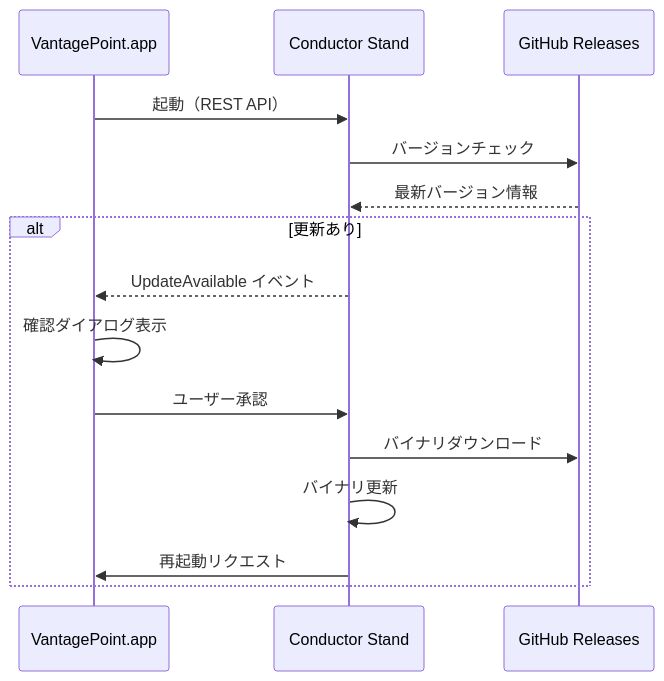
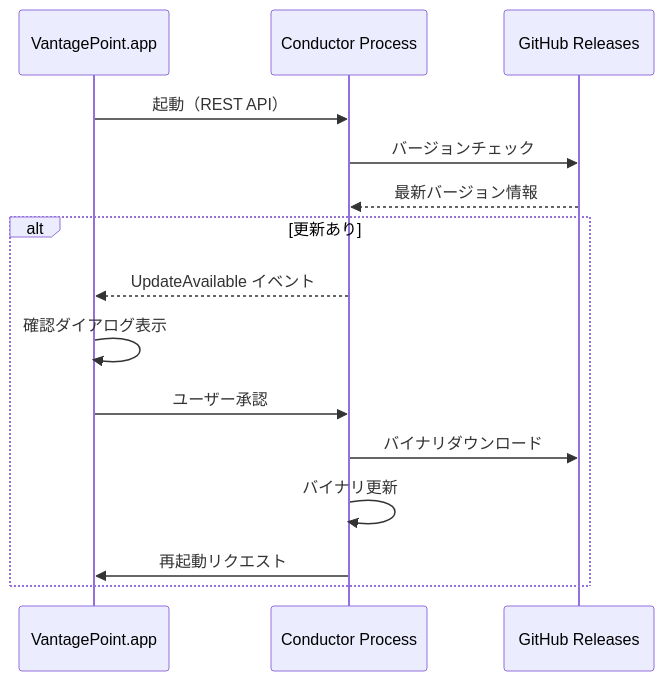
The diagram in docs/spec/06-auto-update.md (chronista-club/vantage-point), drawn with Mermaid before and after one commit. The commit also changed other lines of this file and 102 other files, not shown here.

First line of the commit message:
refactor: Stand → Process リネーム（Issue #81）

````diff
--- a/docs/spec/06-auto-update.md
+++ b/docs/spec/06-auto-update.md
@@ -121,19 +121,19 @@
 ```mermaid
 sequenceDiagram
     participant App as VantagePoint.app
-    participant Conductor as Conductor Stand
+    participant Conductor as Conductor Process
     participant GitHub as GitHub Releases
 
     App->>Conductor: 起動（REST API）
     Conductor->>GitHub: バージョンチェック
     GitHub-->>Conductor: 最新バージョン情報
 
     alt 更新あり
         Conductor-->>App: UpdateAvailable イベント
         App->>App: 確認ダイアログ表示
         App->>Conductor: ユーザー承認
         Conductor->>GitHub: バイナリダウンロード
         Conductor->>Conductor: バイナリ更新
         Conductor->>App: 再起動リクエスト
     end
 ```
````
